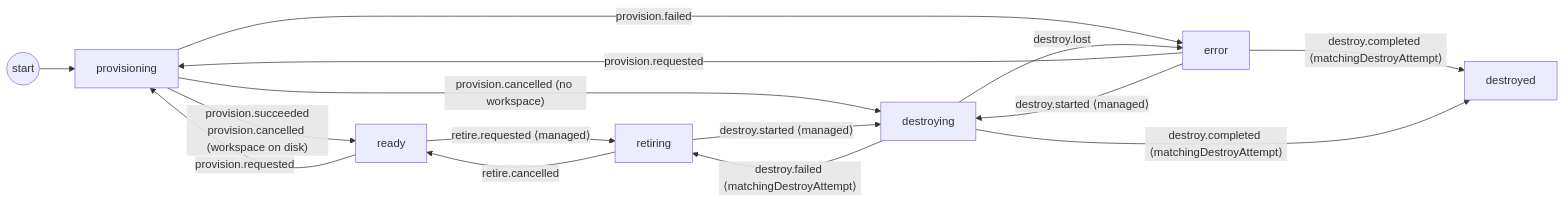
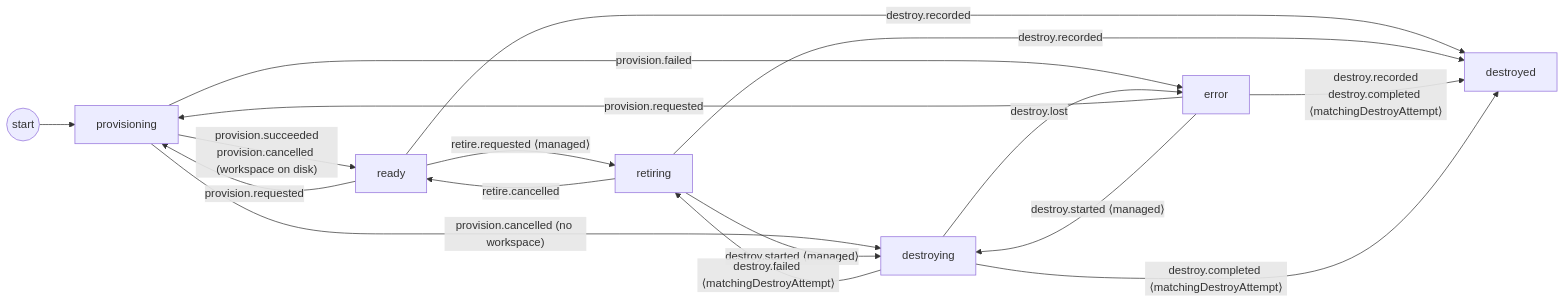
Before and after one commit to Datahazed/bb: the second of 2 diagrams in docs/lifecycle-diagrams.md, drawn with Mermaid. The commit also changed 62 other files, not shown here.

````diff
--- a/docs/lifecycle-diagrams.md
+++ b/docs/lifecycle-diagrams.md
@@ -51,24 +51,26 @@
 ```mermaid
 flowchart LR
     __start((start))
     provisioning["provisioning"]
     ready["ready"]
     retiring["retiring"]
     error["error"]
     destroying["destroying"]
     destroyed["destroyed"]
     __start --> provisioning
     provisioning -->|"provision.succeeded<br/>provision.cancelled (workspace on disk)"| ready
     provisioning -->|"provision.failed"| error
     provisioning -->|"provision.cancelled (no workspace)"| destroying
     ready -->|"provision.requested"| provisioning
     ready -->|"retire.requested ⟨managed⟩"| retiring
+    ready -->|"destroy.recorded"| destroyed
     retiring -->|"retire.cancelled"| ready
+    retiring -->|"destroy.recorded"| destroyed
     retiring -->|"destroy.started ⟨managed⟩"| destroying
     error -->|"provision.requested"| provisioning
+    error -->|"destroy.recorded<br/>destroy.completed ⟨matchingDestroyAttempt⟩"| destroyed
     error -->|"destroy.started ⟨managed⟩"| destroying
-    error -->|"destroy.completed ⟨matchingDestroyAttempt⟩"| destroyed
     destroying -->|"destroy.completed ⟨matchingDestroyAttempt⟩"| destroyed
     destroying -->|"destroy.failed ⟨matchingDestroyAttempt⟩"| retiring
     destroying -->|"destroy.lost"| error
 ```
````
